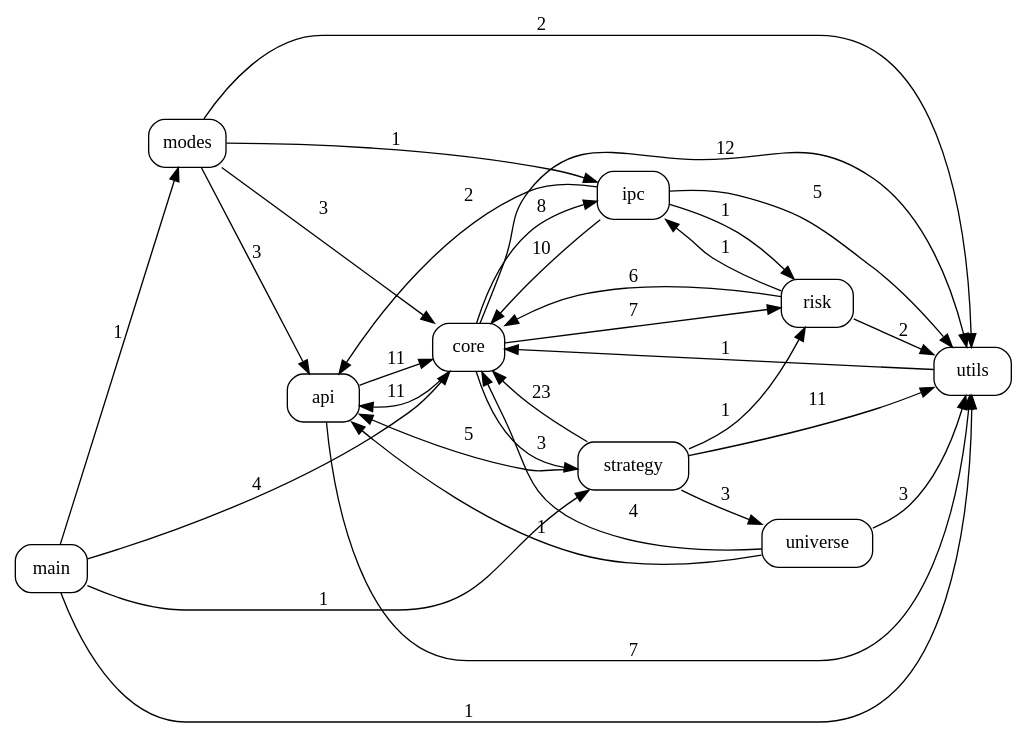
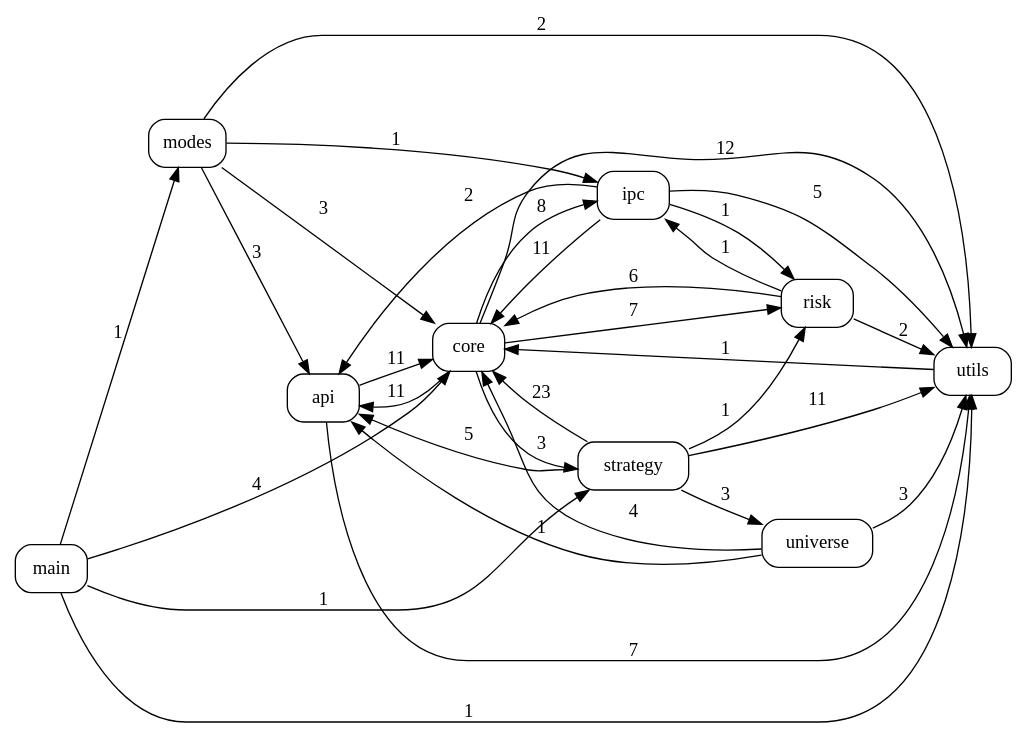
Before and after one commit to pypy8171/Quant: the diagram in docs/code_graph.dot, drawn with Graphviz. The commit also changed 10 other files, not shown here.

```diff
--- a/docs/code_graph.dot
+++ b/docs/code_graph.dot
@@ -1,44 +1,44 @@
 digraph code_graph {
   rankdir=LR;
   node [shape=box, style=rounded, fontname="Consolas"];
   "api";
   "core";
   "ipc";
   "main";
   "modes";
   "risk";
   "strategy";
   "universe";
   "utils";
   "api" -> "core" [label="11"];
   "api" -> "utils" [label="7"];
   "core" -> "api" [label="11"];
   "core" -> "ipc" [label="8"];
   "core" -> "risk" [label="7"];
   "core" -> "strategy" [label="3"];
   "core" -> "utils" [label="12"];
   "ipc" -> "api" [label="2"];
-  "ipc" -> "core" [label="10"];
+  "ipc" -> "core" [label="11"];
   "ipc" -> "risk" [label="1"];
   "ipc" -> "utils" [label="5"];
   "main" -> "core" [label="4"];
   "main" -> "modes" [label="1"];
   "main" -> "strategy" [label="1"];
   "main" -> "utils" [label="1"];
   "modes" -> "api" [label="3"];
   "modes" -> "core" [label="3"];
   "modes" -> "ipc" [label="1"];
   "modes" -> "utils" [label="2"];
   "risk" -> "core" [label="6"];
   "risk" -> "ipc" [label="1"];
   "risk" -> "utils" [label="2"];
   "strategy" -> "api" [label="5"];
   "strategy" -> "core" [label="23"];
   "strategy" -> "risk" [label="1"];
   "strategy" -> "universe" [label="3"];
   "strategy" -> "utils" [label="11"];
   "universe" -> "api" [label="1"];
   "universe" -> "core" [label="4"];
   "universe" -> "utils" [label="3"];
   "utils" -> "core" [label="1"];
 }
```
